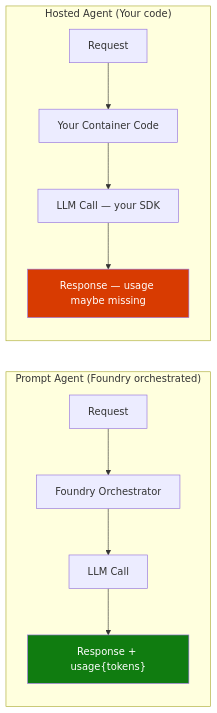
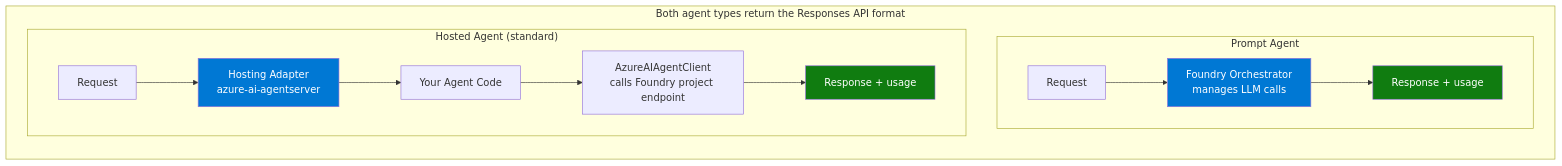
The third of 4 diagrams in Foundry_Agent_Monitoring_APIM.md (fredgis/fabric-foundry-kb), drawn with Mermaid before and after one commit. The commit also changed other lines of this file and 1 other file, not shown here.

First line of the commit message:
Fix Hosted Agent section: align with actual Foundry Agent Service docs

````diff
--- a/Foundry_Agent_Monitoring_APIM.md
+++ b/Foundry_Agent_Monitoring_APIM.md
@@ -532,17 +567,21 @@
 ```mermaid
 graph LR
-    subgraph "Prompt Agent (Foundry orchestrated)"
-        PA_REQ[Request] --> PA_FOUNDRY[Foundry Orchestrator]
-        PA_FOUNDRY --> PA_LLM[LLM Call]
-        PA_LLM --> PA_RESP["Response + usage{tokens}"]
+    subgraph "Both agent types return the Responses API format"
+        direction TB
+        subgraph "Prompt Agent"
+            PA_IN[Request] --> PA_FOUNDRY[Foundry Orchestrator<br/>manages LLM calls]
+            PA_FOUNDRY --> PA_OUT["Response + usage"]
+        end
+        subgraph "Hosted Agent (standard)"
+            HA_IN[Request] --> HA_ADAPTER[Hosting Adapter<br/>azure-ai-agentserver]
+            HA_ADAPTER --> HA_CODE[Your Agent Code]
+            HA_CODE --> HA_LLM[AzureAIAgentClient<br/>calls Foundry project endpoint]
+            HA_LLM --> HA_OUT["Response + usage"]
+        end
     end
 
-    subgraph "Hosted Agent (Your code)"
-        HA_REQ[Request] --> HA_CODE[Your Container Code]
-        HA_CODE --> HA_LLM[LLM Call — your SDK]
-        HA_LLM --> HA_RESP["Response — usage maybe missing"]
-    end
-
-    style PA_RESP fill:#107C10,color:#fff
-    style HA_RESP fill:#D83B01,color:#fff
+    style PA_OUT fill:#107C10,color:#fff
+    style HA_OUT fill:#107C10,color:#fff
+    style PA_FOUNDRY fill:#0078D4,color:#fff
+    style HA_ADAPTER fill:#0078D4,color:#fff
 ```
````
